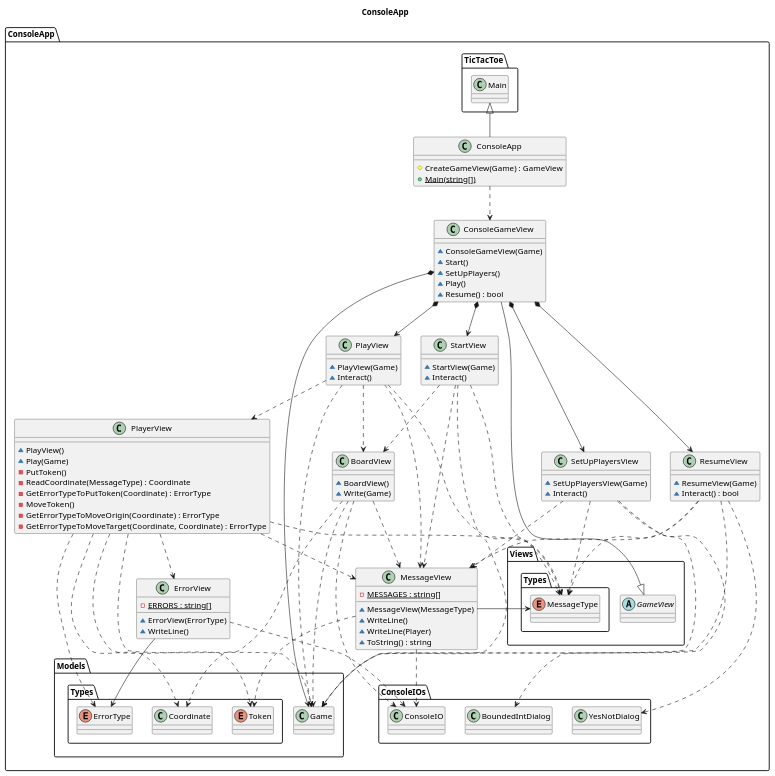
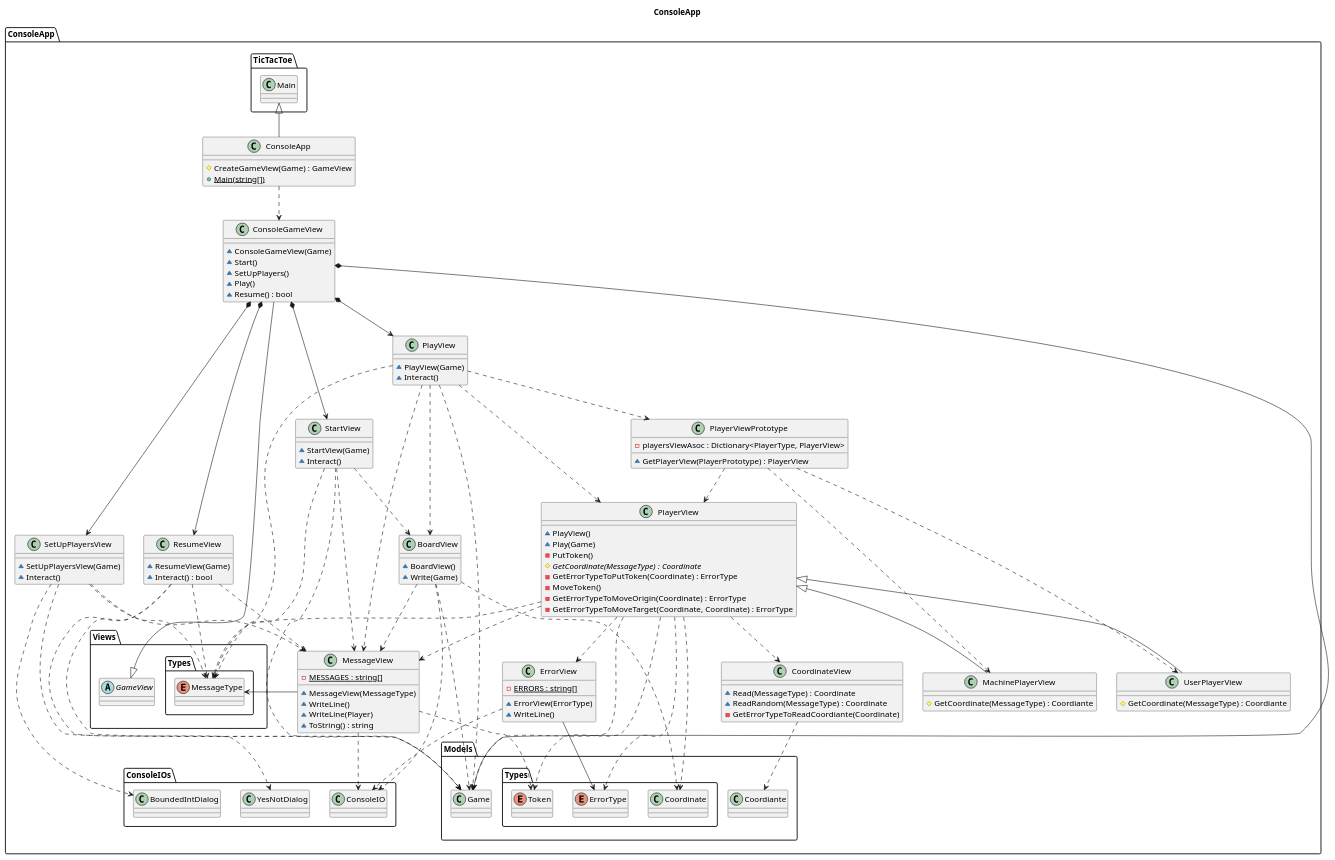
The diagram in src/TicTacToe/DocumentView/Basic/Docs/TicTacToeConsoleApp.plantuml (franpaulinoinfante/MasterSoftwareDevelopment), drawn with PlantUML before and after one commit. The commit also changed 21 other files, not shown here.

```diff
--- a/src/TicTacToe/DocumentView/Basic/Docs/TicTacToeConsoleApp.plantuml
+++ b/src/TicTacToe/DocumentView/Basic/Docs/TicTacToeConsoleApp.plantuml
@@ -1,116 +1,143 @@
 @startuml TicTacToeConsoleApp
 title ConsoleApp
 namespace ConsoleApp{
     class ConsoleApp{
         #CreateGameView(Game) : GameView
         +{static} Main(string[])
     }
     ConsoleApp -up-|> TicTacToe.Main
     ConsoleApp .down.> ConsoleGameView
     
     abstract Views.GameView{}
 
 
     class ConsoleGameView{
         ~ConsoleGameView(Game)
         ~Start()
         ~SetUpPlayers()
         ~Play()
         ~Resume() : bool
     }
     ConsoleGameView -up-|> Views.GameView
     ConsoleGameView *--> Models.Game
     ConsoleGameView *--> StartView
     ConsoleGameView *--> SetUpPlayersView
     ConsoleGameView *--> PlayView
     ConsoleGameView *--> ResumeView
 
     class StartView{
         ~StartView(Game)
         ~Interact()
     }
     StartView ..> MessageView
     StartView ..> Views.Types.MessageType
     StartView ..> BoardView
     StartView ..> Models.Game
 
     class SetUpPlayersView{
         ~SetUpPlayersView(Game)
         ~Interact()
     }
     SetUpPlayersView ..> Models.Game
     SetUpPlayersView ..> MessageView
     SetUpPlayersView ..> Views.Types.MessageType
     SetUpPlayersView ..> ConsoleApp.ConsoleIOs.BoundedIntDialog
 
     class PlayView{
         ~PlayView(Game)
         ~Interact()
     }
     PlayView ..> Models.Game
     PlayView ..> PlayerView
+    PlayView ..> PlayerViewPrototype
     PlayView ..> BoardView
     PlayView ..> MessageView
     PlayView ..> Views.Types.MessageType
 
     class ResumeView{
         ~ResumeView(Game)
         ~Interact() : bool
     }
     ResumeView ..> Models.Game
     ResumeView ..> MessageView
     ResumeView ..> Views.Types.MessageType
     ResumeView ..> ConsoleApp.ConsoleIOs.YesNotDialog
 
     class BoardView{
         ~BoardView()
         ~Write(Game)
     }
     BoardView ..> Models.Game
     BoardView ..> Models.Types.Coordinate
     BoardView ..> MessageView
-    BoardView ..> ConsoleApp.ConsoleIOs.ConsoleIO   
+    BoardView ..> ConsoleApp.ConsoleIOs.ConsoleIO  
 
     class PlayerView{
         ~PlayView()
         ~Play(Game)
         -PutToken()
-        -ReadCoordinate(MessageType) : Coordinate
+        #{abstract} GetCoordinate(MessageType) : Coordinate
         -GetErrorTypeToPutToken(Coordinate) : ErrorType
         -MoveToken()
         -GetErrorTypeToMoveOrigin(Coordinate) : ErrorType
         -GetErrorTypeToMoveTarget(Coordinate, Coordinate) : ErrorType
     }
     PlayerView ..> Models.Game
+    PlayerView <|-- MachinePlayerView
+    PlayerView <|-- UserPlayerView
     PlayerView ..> Models.Types.Coordinate
     PlayerView ..> Models.Types.Token
     PlayerView ..> MessageView
     PlayerView ..> Views.Types.MessageType
     PlayerView ..> ErrorView
     PlayerView ..> Models.Types.ErrorType
+    PlayerView ..> CoordinateView
+    
+    class MachinePlayerView{
+        #GetCoordinate(MessageType) : Coordiante
+    }
+
+    class UserPlayerView{
+        #GetCoordinate(MessageType) : Coordiante
+    }
+
+    class PlayerViewPrototype{
+        -playersViewAsoc : Dictionary<PlayerType, PlayerView>
+        ~GetPlayerView(PlayerPrototype) : PlayerView
+    }
+    PlayerViewPrototype ..> PlayerView
+    PlayerViewPrototype ..> MachinePlayerView
+    PlayerViewPrototype ..> UserPlayerView 
+    
+    class CoordinateView{
+        ~Read(MessageType) : Coordinate
+        ~ReadRandom(MessageType) : Coordinate
+        -GetErrorTypeToReadCoordiante(Coordinate)
+    }
+    CoordinateView ..> Models.Coordiante
 
     class MessageView{
         -{static} MESSAGES : string[]
         ~MessageView(MessageType)
         ~WriteLine()
         ~WriteLine(Player)
         ~ToString() : string
     }
     MessageView --> Views.Types.MessageType
     MessageView ..> Models.Types.Token
     MessageView ..> ConsoleApp.ConsoleIOs.ConsoleIO
 
     class ErrorView{
         -{static} ERRORS : string[]
         ~ErrorView(ErrorType)
         ~WriteLine()
     }
     ErrorView --> Models.Types.ErrorType
     ErrorView ..> ConsoleApp.ConsoleIOs.ConsoleIO
 
     enum Views.Types.MessageType{}
     enum Models.Types.Token{}
     enum Models.Types.ErrorType{}
 }
 
 @enduml
```
